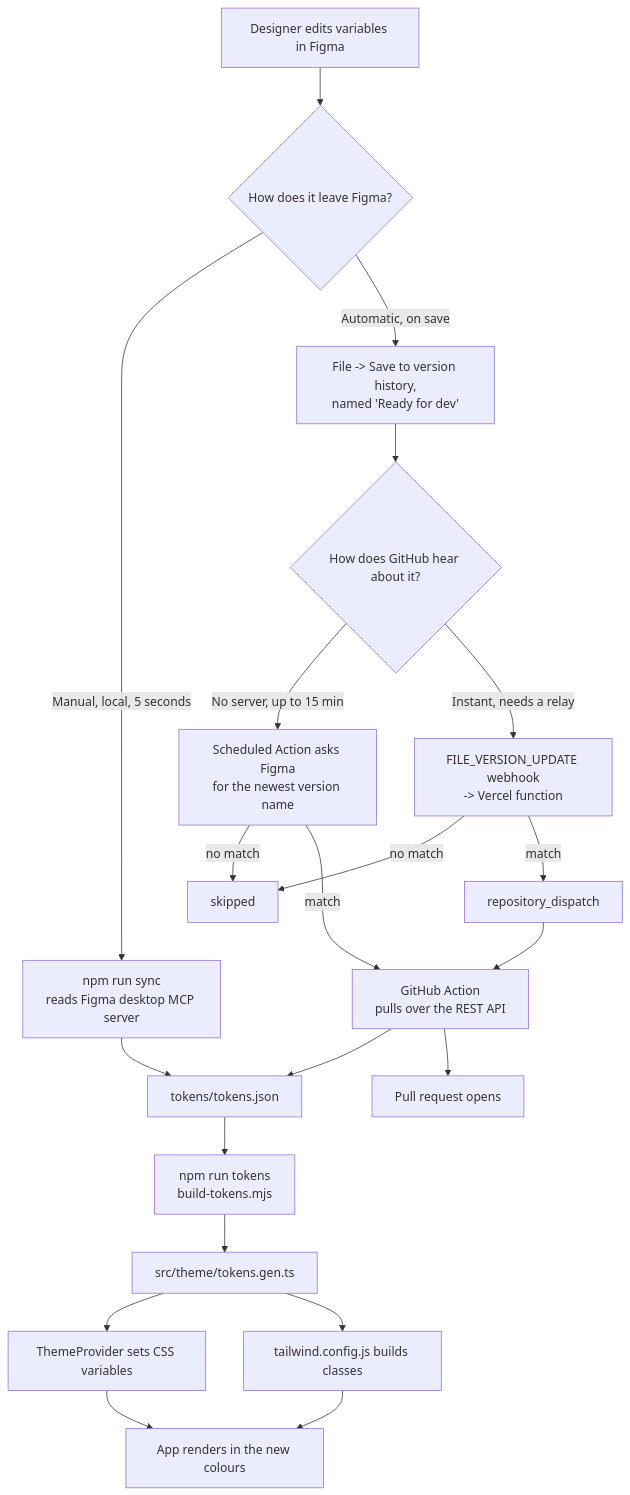
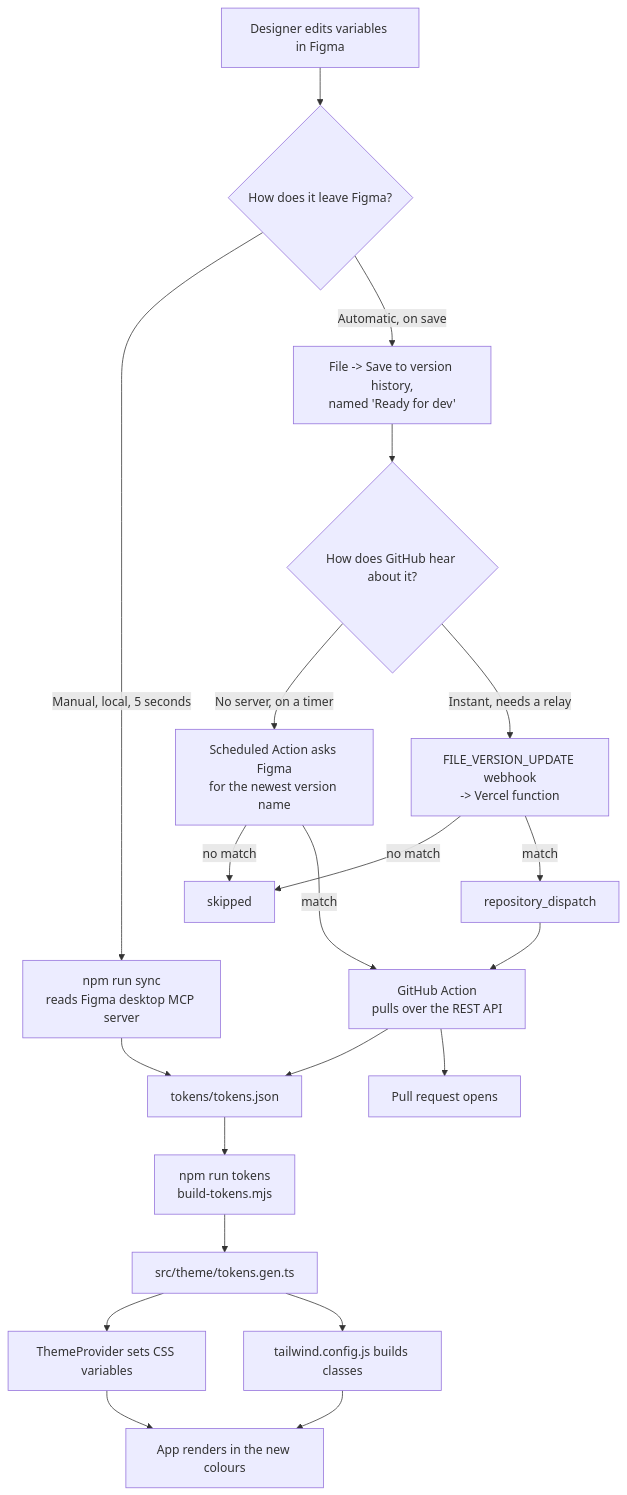
One commit to serhii-kucherenko/expo-figma-tokens changed the third of 5 diagrams in README.md. Above: the diagram before and after it, drawn with Mermaid. The commit also changed other lines of this file and 1 other file, not shown here.

````diff
--- a/README.md
+++ b/README.md
@@ -15,24 +78,24 @@
 ```mermaid
 flowchart TD
   A["Designer edits variables in Figma"] --> B{"How does it leave Figma?"}
   B -->|"Manual, local, 5 seconds"| C["npm run sync<br/>reads Figma desktop MCP server"]
   B -->|"Automatic, on save"| D["File -> Save to version history,<br/>named 'Ready for dev'"]
 
   D --> E{"How does GitHub hear about it?"}
-  E -->|"No server, up to 15 min"| E1["Scheduled Action asks Figma<br/>for the newest version name"]
+  E -->|"No server, on a timer"| E1["Scheduled Action asks Figma<br/>for the newest version name"]
   E -->|"Instant, needs a relay"| E2["FILE_VERSION_UPDATE webhook<br/>-> Vercel function"]
   E1 -->|"no match"| G["skipped"]
   E2 -->|"no match"| G
   E1 -->|"match"| I["GitHub Action<br/>pulls over the REST API"]
   E2 -->|"match"| H["repository_dispatch"] --> I
 
   C --> J["tokens/tokens.json"]
   I --> J
   J --> K["npm run tokens<br/>build-tokens.mjs"]
   K --> L["src/theme/tokens.gen.ts"]
   L --> M["ThemeProvider sets CSS variables"]
   L --> N["tailwind.config.js builds classes"]
   M --> O["App renders in the new colours"]
   N --> O
   I --> P["Pull request opens"]
 ```
````
